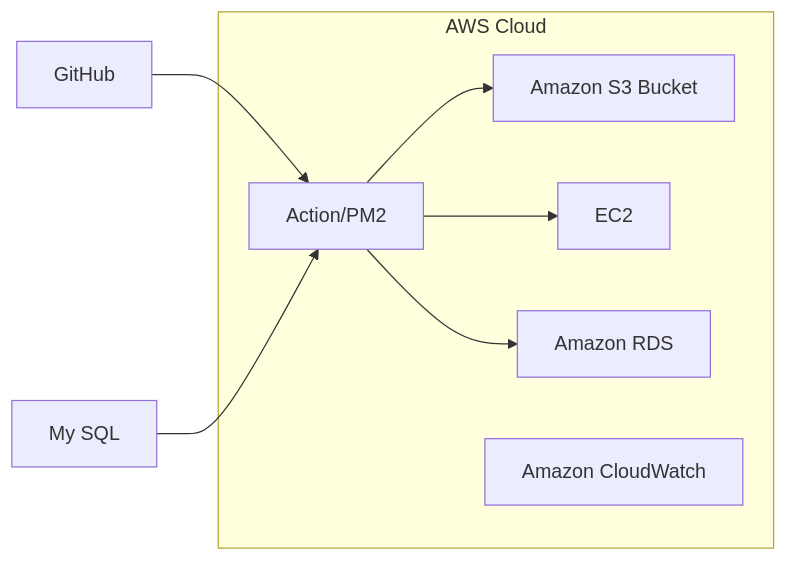
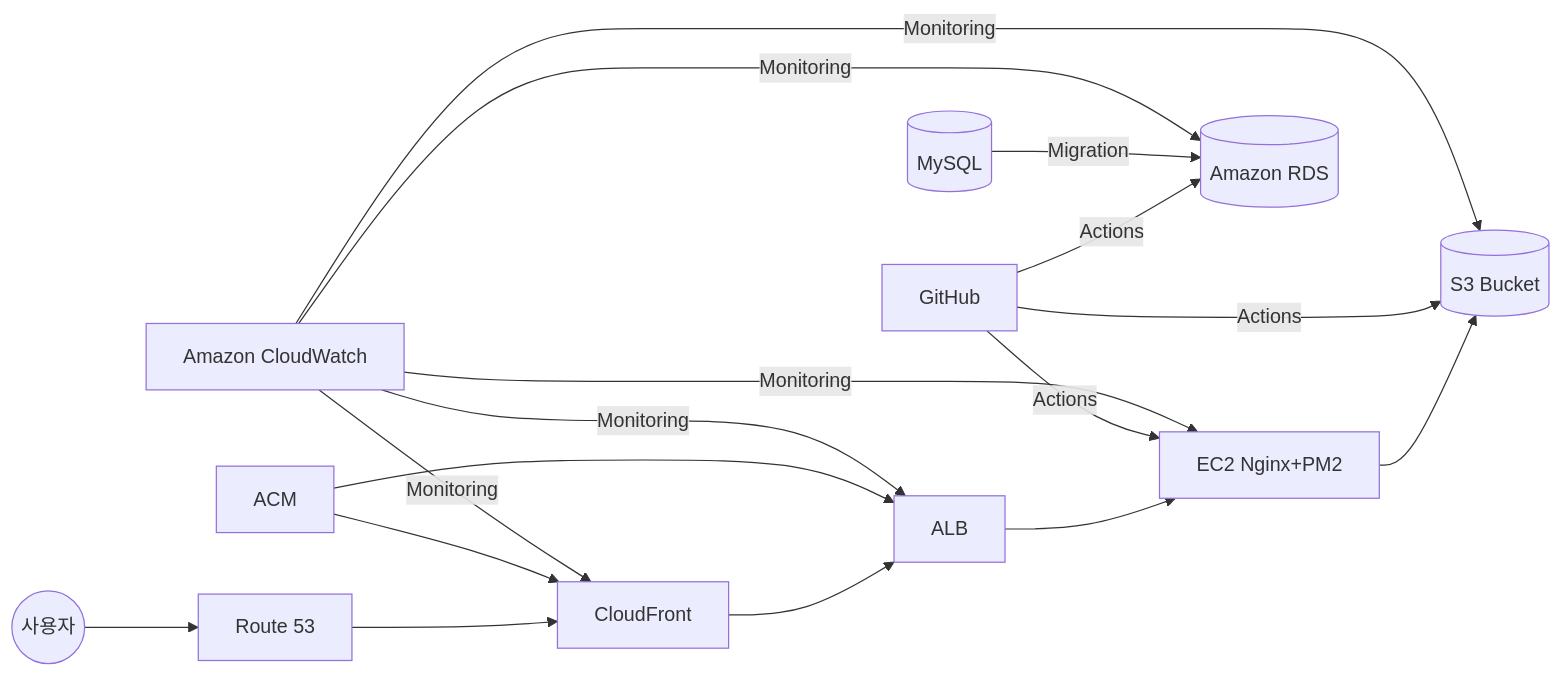
One commit to obokproject/be-test changed the first of 4 diagrams in README.md. Above: the diagram before and after it, drawn with Mermaid. The commit also changed other lines of this file and 1 other file, not shown here.

````diff
--- a/README.md
+++ b/README.md
@@ -28,17 +30,19 @@
 ```mermaid
 graph LR
-    A[GitHub] --> B[Action/PM2]
-    C[My SQL] --> B
-    B --> D[Amazon S3 Bucket]
-    B --> E[EC2]
-    B --> F[Amazon RDS]
-    G[Amazon CloudWatch]
-
-    subgraph AWS Cloud
-        B
-        D
-        E
-        F
-        G
-    end
+    User((사용자)) --> Route53[Route 53]
+    Route53 --> CloudFront[CloudFront]
+    CloudFront --> ALB[ALB]
+    ALB --> EC2[EC2 Nginx+PM2]
+    EC2 --> S3[(S3 Bucket)]
+    ACM[ACM] --> CloudFront
+    ACM --> ALB
+    GitHub[GitHub] --> |Actions| S3
+    GitHub --> |Actions| EC2
+    GitHub --> |Actions| RDS[(Amazon RDS)]
+    MySQL[(MySQL)] --> |Migration| RDS
+    CloudWatch[Amazon CloudWatch] --> |Monitoring| CloudFront
+    CloudWatch --> |Monitoring| ALB
+    CloudWatch --> |Monitoring| EC2
+    CloudWatch --> |Monitoring| S3
+    CloudWatch --> |Monitoring| RDS
 ```
````
